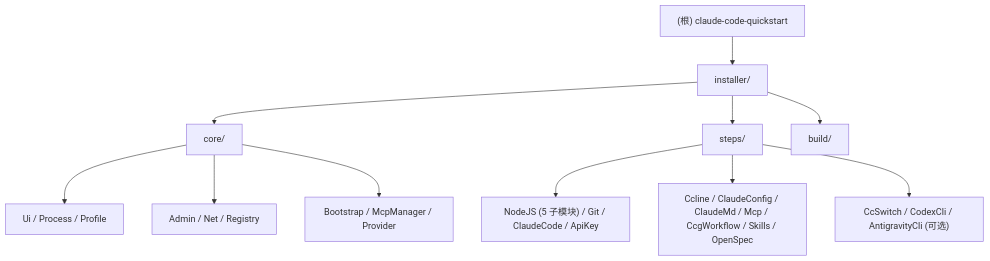
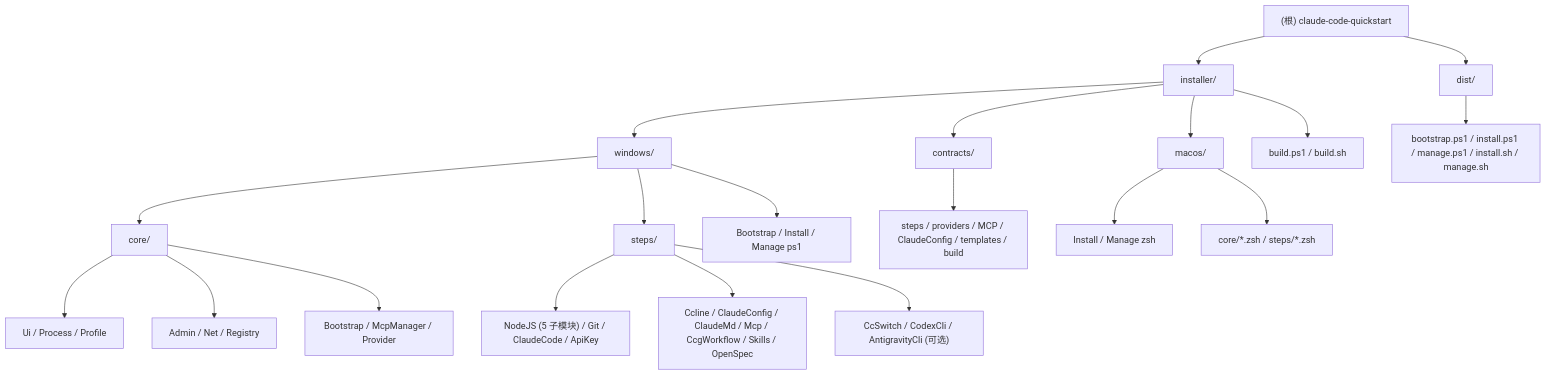
The diagram in CLAUDE.md (hkxiaoyao/claude-code-quickstart), drawn with Mermaid before and after one commit. The commit also changed other lines of this file and 80 other files, not shown here.

First line of the commit message:
feat(installer): 支持 Windows/macOS 双平台安装器

````diff
--- a/CLAUDE.md
+++ b/CLAUDE.md
@@ -24,15 +32,24 @@
 ```mermaid
 graph TD
     A["(根) claude-code-quickstart"] --> B["installer/"]
-    B --> C["core/"]
-    B --> D["steps/"]
-    B --> E["build/"]
+    A --> H["dist/"]
+    B --> W["windows/"]
+    B --> F["contracts/"]
+    B --> G["macos/"]
+    B --> E["build.ps1 / build.sh"]
+    W --> C["core/"]
+    W --> D["steps/"]
+    W --> W1["Bootstrap / Install / Manage ps1"]
     C --> C1["Ui / Process / Profile"]
     C --> C2["Admin / Net / Registry"]
     C --> C3["Bootstrap / McpManager / Provider"]
     D --> D1["NodeJS (5 子模块) / Git / ClaudeCode / ApiKey"]
     D --> D2["Ccline / ClaudeConfig / ClaudeMd / Mcp / CcgWorkflow / Skills / OpenSpec"]
     D --> D3["CcSwitch / CodexCli / AntigravityCli (可选)"]
-    click C "./installer/core/CLAUDE.md"
-    click D "./installer/steps/CLAUDE.md"
+    F --> F1["steps / providers / MCP / ClaudeConfig / templates / build"]
+    G --> G1["Install / Manage zsh"]
+    G --> G2["core/*.zsh / steps/*.zsh"]
+    H --> H1["bootstrap.ps1 / install.ps1 / manage.ps1 / install.sh / manage.sh"]
+    click C "./installer/windows/core/CLAUDE.md"
+    click D "./installer/windows/steps/CLAUDE.md"
 ```
````
